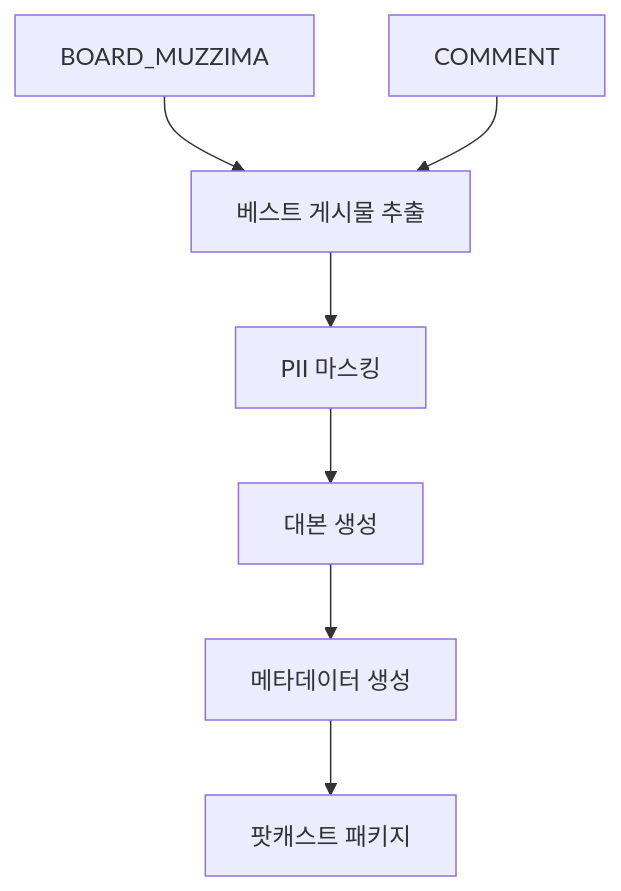
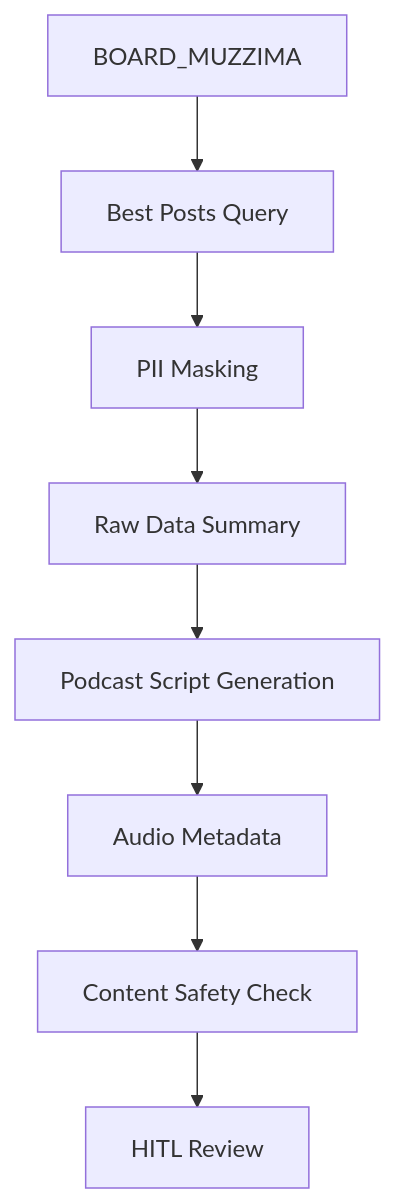
Before and after one commit to Jelly1104/orchestrator: the diagram in ATO-System-B/docs/cases/case7-muzzima-podcast/IA.md, drawn with Mermaid. The commit also changed other lines of this file and 59 other files, not shown here.

````diff
--- a/ATO-System-B/docs/cases/case7-muzzima-podcast/IA.md
+++ b/ATO-System-B/docs/cases/case7-muzzima-podcast/IA.md
@@ -29,9 +19,10 @@
 ```mermaid
 graph TD
-    A[BOARD_MUZZIMA] --> B[베스트 게시물 추출]
-    C[COMMENT] --> B
-    B --> D[PII 마스킹]
-    D --> E[대본 생성]
-    E --> F[메타데이터 생성]
-    F --> G[팟캐스트 패키지]
+    A[BOARD_MUZZIMA] --> B[Best Posts Query]
+    B --> C[PII Masking]
+    C --> D[Raw Data Summary]
+    D --> E[Podcast Script Generation]
+    E --> F[Audio Metadata]
+    F --> G[Content Safety Check]
+    G --> H[HITL Review]
 ```
````
